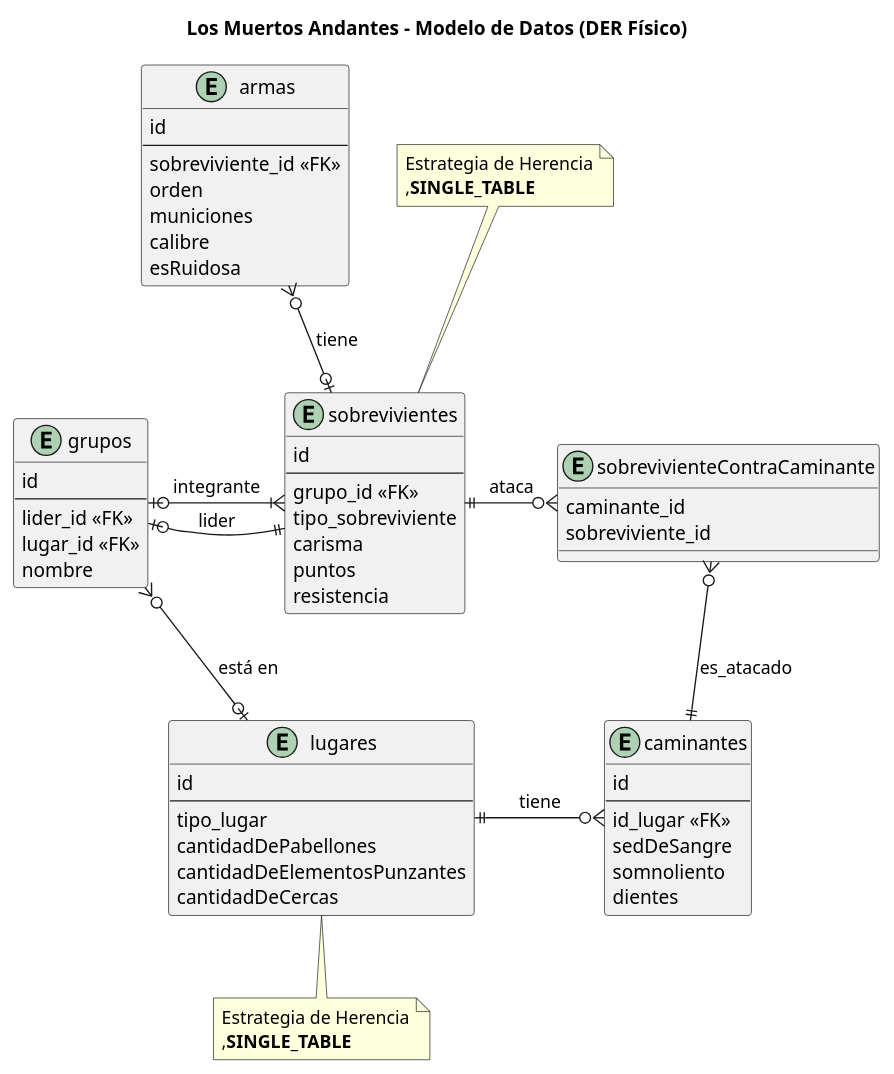
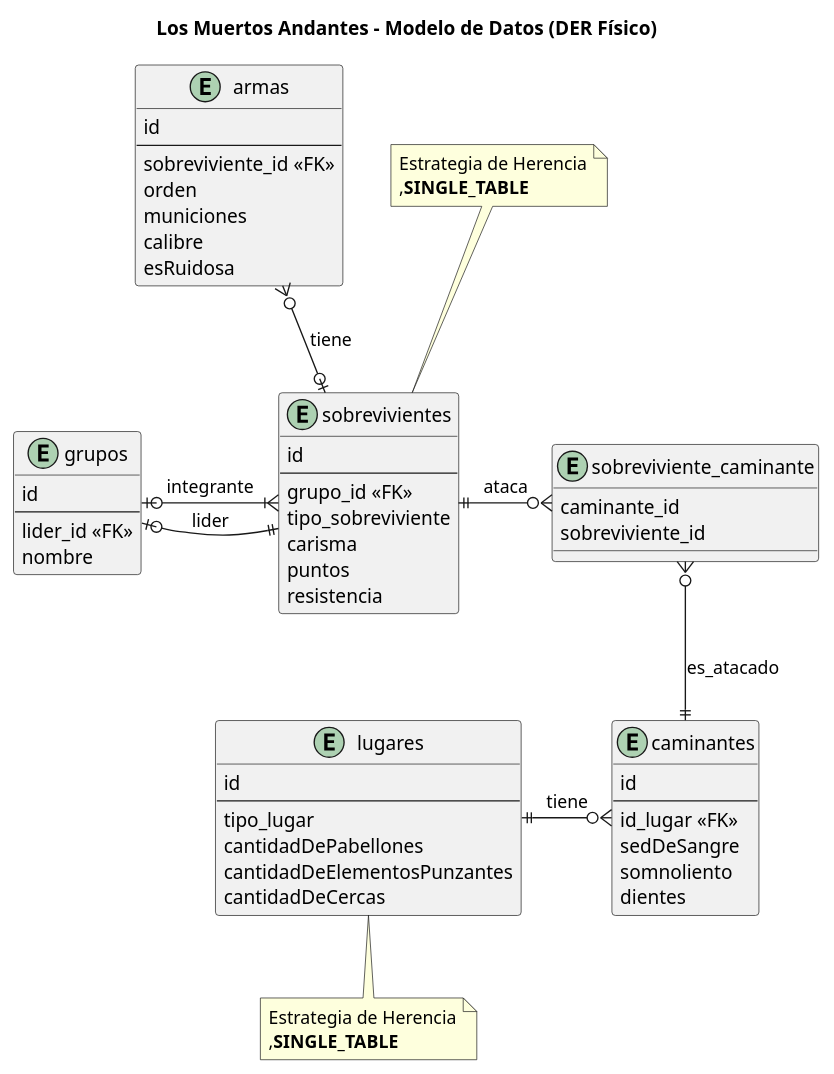
The second of 2 diagrams in parciales/segundo-parcial/los-muertos-andantes.org (manu-utn/bitacora-diseno-de-sistemas), drawn with PlantUML before and after one commit. The commit also changed other lines of this file and 4 other files, not shown here.

```diff
--- a/parciales/segundo-parcial/los-muertos-andantes.org
+++ b/parciales/segundo-parcial/los-muertos-andantes.org
@@ -250,80 +278,77 @@
     #+BEGIN_SRC plantuml :file img/parcial-muertos-andantes-2.png :exports results
       @startuml
       title Los Muertos Andantes - Modelo de Datos (DER Físico)
       entity sobrevivientes{
           id
           --
           grupo_id <<FK>>
           tipo_sobreviviente
           carisma
           puntos
           resistencia
       }
       
       note top of sobrevivientes
       Estrategia de Herencia
       ,**SINGLE_TABLE**
       end note
       
       entity grupos{
           id
           --
           lider_id <<FK>>
-          lugar_id <<FK>>
           nombre
       }
       
       entity caminantes{
           id
           --
           id_lugar <<FK>>
           sedDeSangre
           somnoliento
           dientes
       }
       
-      entity sobrevivienteContraCaminante{
+      entity sobreviviente_caminante{
           caminante_id
           sobreviviente_id
       }
       
       entity lugares{
           id 
           --
           tipo_lugar
           cantidadDePabellones
           cantidadDeElementosPunzantes
           cantidadDeCercas
       }
       
       note bottom of lugares
       Estrategia de Herencia
       ,**SINGLE_TABLE**
       end note
       
       entity armas{
         id
         --
         sobreviviente_id <<FK>>
         orden
         municiones
         calibre
         esRuidosa
       }
       
       sobrevivientes |o-up-o{ armas : tiene
       
       
       
       grupos |o-right-|{ sobrevivientes : integrante
       grupos |o-right-|| sobrevivientes : lider
       
-      sobrevivientes   ||-right-o{ sobrevivienteContraCaminante : ataca
-      caminantes        ||-up-o{ sobrevivienteContraCaminante   : es_atacado
+      sobrevivientes   ||-right-o{ sobreviviente_caminante : ataca
+      caminantes        ||-up-o{ sobreviviente_caminante   : es_atacado
       
       lugares ||-right-o{ caminantes : tiene
       
-      lugares |o-up-o{ grupos    : está en
-      
       @enduml
     #+END_SRC
```
